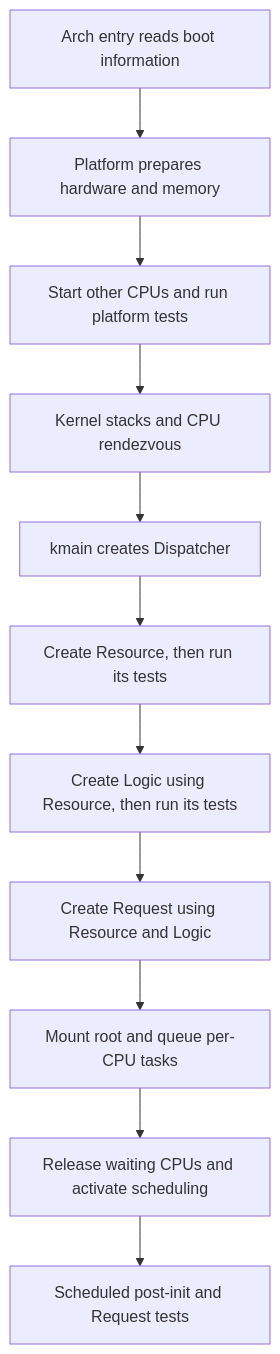
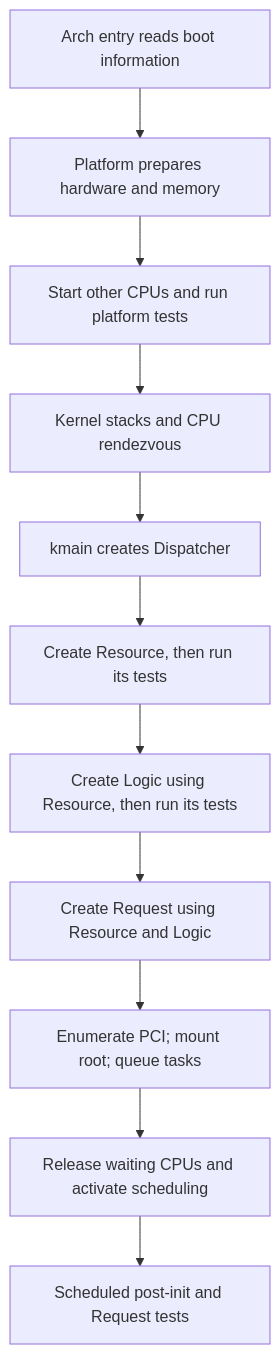
One commit to marwan475/Arx changed diagram 13 of 18 in docs/DIAGRAMS.md. Above: the diagram before and after it, drawn with Mermaid. The commit also changed other lines of this file and 38 other files, not shown here.

````diff
--- a/docs/DIAGRAMS.md
+++ b/docs/DIAGRAMS.md
@@ -295,15 +295,15 @@
 ```mermaid
 flowchart TB
     accTitle: Arx initialization order
     accDescr: Platform setup and CPU startup precede Dispatcher and layer construction. Scheduling enables the final integration and Request tests.
     A[Arch entry reads boot information] --> P[Platform prepares hardware and memory]
     P --> S[Start other CPUs and run platform tests]
     S --> C[Kernel stacks and CPU rendezvous]
     C --> D[kmain creates Dispatcher]
     D --> R[Create Resource, then run its tests]
     R --> L[Create Logic using Resource, then run its tests]
     L --> Q[Create Request using Resource and Logic]
-    Q --> F[Mount root and queue per-CPU tasks]
+    Q --> F[Enumerate PCI; mount root; queue tasks]
     F --> G[Release waiting CPUs and activate scheduling]
     G --> T[Scheduled post-init and Request tests]
 ```
````
